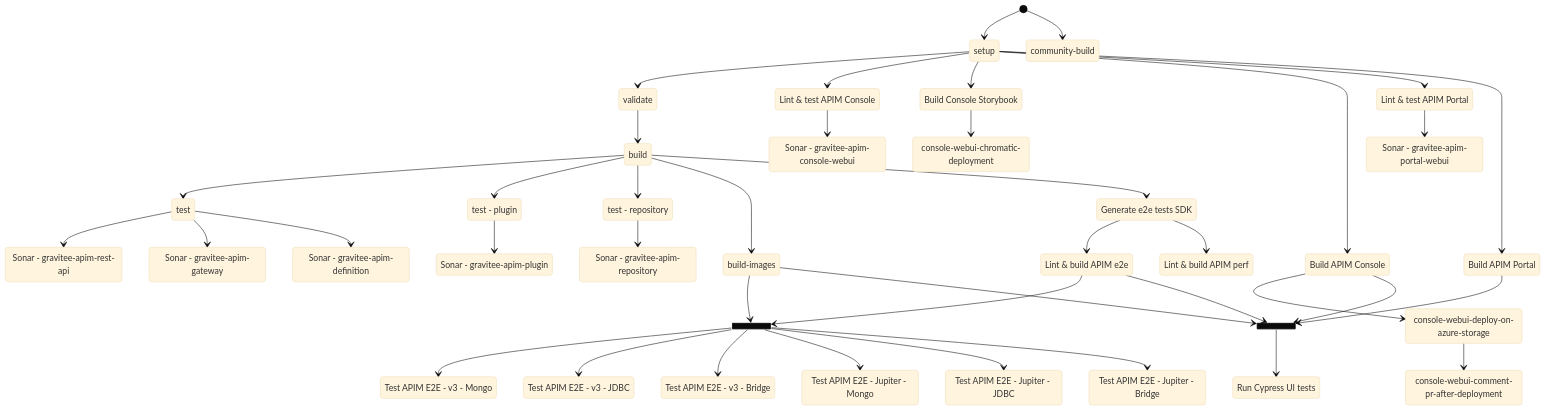
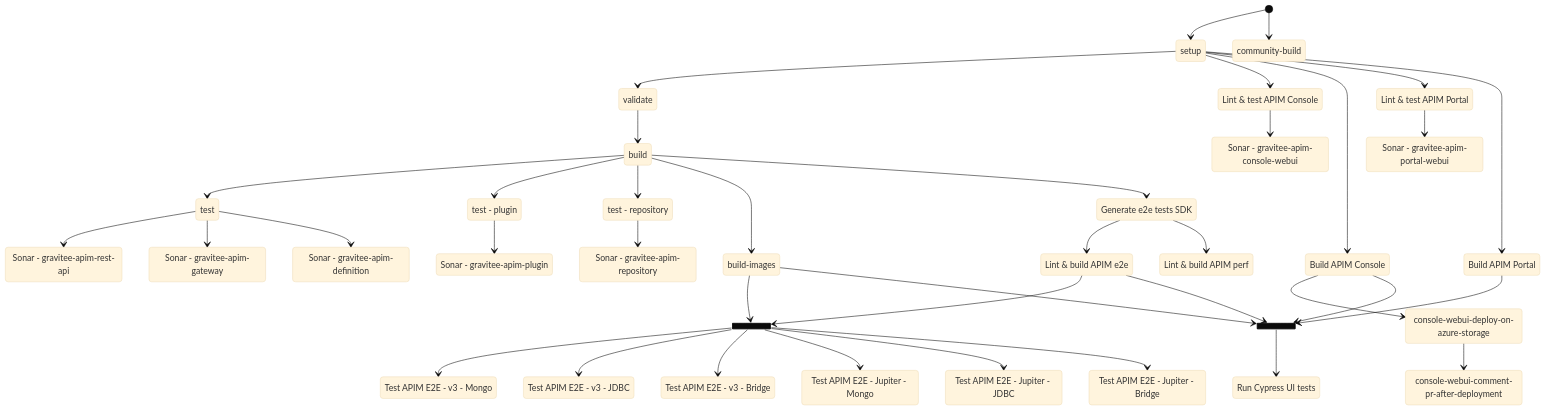
The second of 3 diagrams in .circleci/Workflows.md (gravitee-io/gravitee-api-management), drawn with Mermaid (base theme) before and after one commit. The commit also changed other lines of this file and 11 other files, not shown here.

First line of the commit message:
chore(ci): remove unused Storybook and Chromatic console jobs

```diff
--- a/.circleci/Workflows.md
+++ b/.circleci/Workflows.md
@@ -104,11 +99,6 @@
     setup --> webUILintConsole
     sonarConsole: Sonar - gravitee-apim-console-webui
     webUILintConsole --> sonarConsole
-
-    storybook: Build Console Storybook
-    chromatic: console-webui-chromatic-deployment
-    setup --> storybook
-    storybook --> chromatic
 
     webUIConsole: Build APIM Console
     setup --> webUIConsole
```
